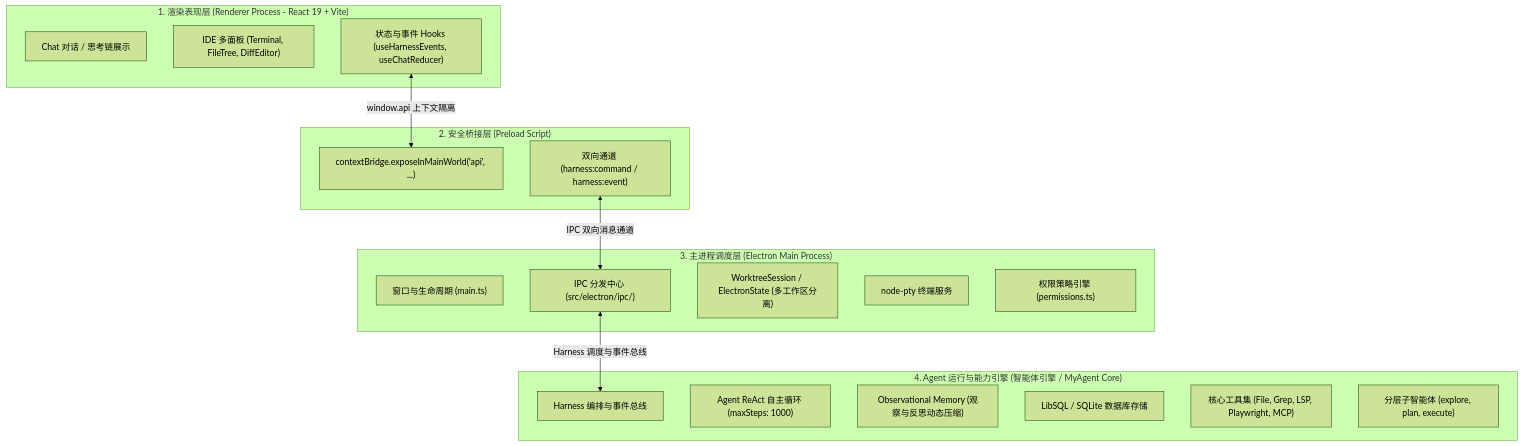
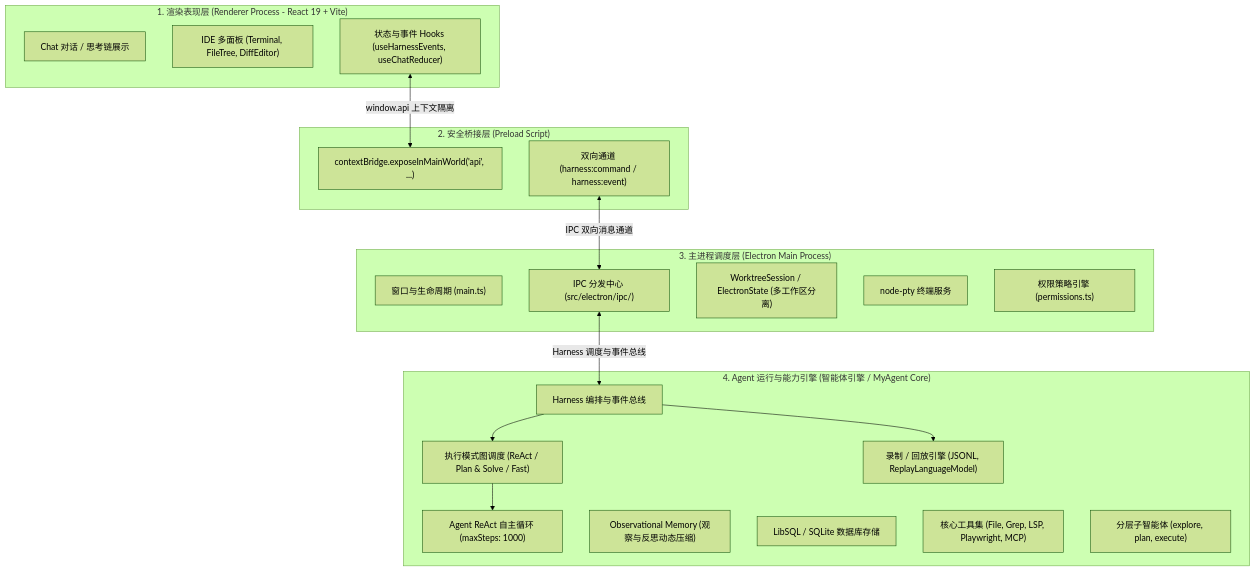
One commit to kidyfirst/my-agent changed the first of 5 diagrams in README.md. Above: the diagram before and after it, drawn with Mermaid (forest theme). The commit also changed other lines of this file and 273 other files, not shown here.

````diff
--- a/README.md
+++ b/README.md
@@ -102,34 +147,39 @@
 ```mermaid
 flowchart TD
     subgraph UI ["1. 渲染表现层 (Renderer Process - React 19 + Vite)"]
         ChatView["Chat 对话 / 思考链展示"]
         Panels["IDE 多面板 (Terminal, FileTree, DiffEditor)"]
         Hooks["状态与事件 Hooks (useHarnessEvents, useChatReducer)"]
     end
 
     subgraph Bridge ["2. 安全桥接层 (Preload Script)"]
         ContextBridge["contextBridge.exposeInMainWorld('api', ...)"]
         IPCTunnel["双向通道 (harness:command / harness:event)"]
     end
 
     subgraph Main ["3. 主进程调度层 (Electron Main Process)"]
         WindowMgr["窗口与生命周期 (main.ts)"]
         IPCRegistry["IPC 分发中心 (src/electron/ipc/)"]
         SessionMgr["WorktreeSession / ElectronState (多工作区分离)"]
         PtyService["node-pty 终端服务"]
         PermService["权限策略引擎 (permissions.ts)"]
     end
 
     subgraph AgentRuntime ["4. Agent 运行与能力引擎 (智能体引擎 / MyAgent Core)"]
         Harness["Harness 编排与事件总线"]
+        ModeGraph["执行模式图调度 (ReAct / Plan & Solve / Fast)"]
         ReActLoop["Agent ReAct 自主循环 (maxSteps: 1000)"]
         MemoryOM["Observational Memory (观察与反思动态压缩)"]
         StorageEngine["LibSQL / SQLite 数据库存储"]
         ToolRegistry["核心工具集 (File, Grep, LSP, Playwright, MCP)"]
         SubagentEngine["分层子智能体 (explore, plan, execute)"]
+        Recorder["录制 / 回放引擎 (JSONL, ReplayLanguageModel)"]
     end
 
     Hooks <--> |"window.api 上下文隔离"| ContextBridge
     IPCTunnel <--> |"IPC 双向消息通道"| IPCRegistry
     IPCRegistry <--> |"Harness 调度与事件总线"| Harness
+    Harness --> ModeGraph
+    ModeGraph --> ReActLoop
+    Harness --> Recorder
 ```
````
